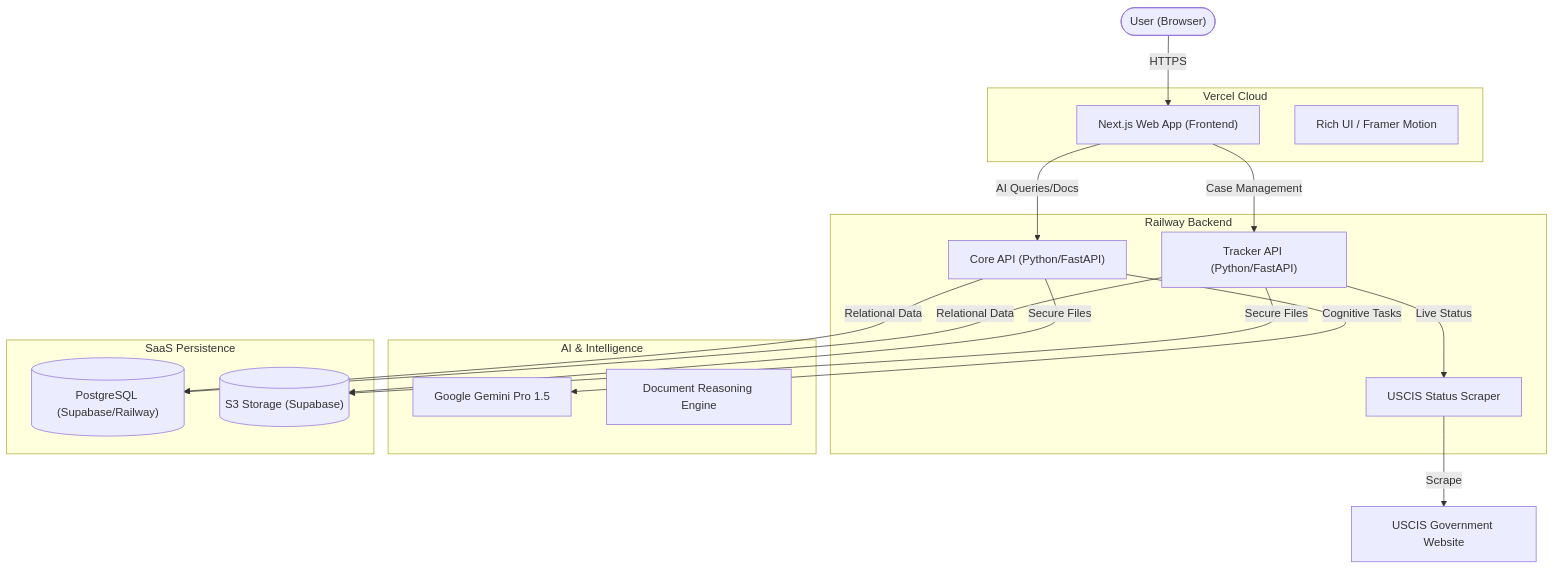
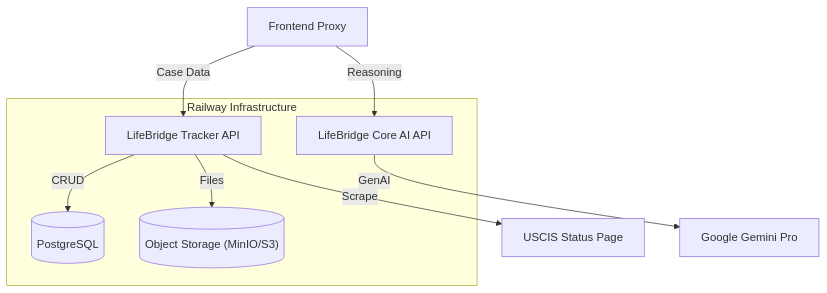
Before and after one commit to samalpartha/LifeBridge: the third of 3 diagrams in README.md, drawn with Mermaid. The commit also changed other lines of this file, not shown here.

Commit message:
docs: update README with architecture and team info

````diff
--- a/README.md
+++ b/README.md
@@ -30,36 +113,17 @@
 ```mermaid
 graph TD
-    User(["User (Browser)"])
-    
-    subgraph "Vercel Cloud"
-        NextJS["Next.js Web App (Frontend)"]
-        UI["Rich UI / Framer Motion"]
+    subgraph "Railway Infrastructure"
+        LB_Tracker["LifeBridge Tracker API"]
+        LB_Core["LifeBridge Core AI API"]
+        DB[("PostgreSQL")]
+        S3[("Object Storage (MinIO/S3)")]
     end
     
-    subgraph "Railway Backend"
-        CoreAPI["Core API (Python/FastAPI)"]
-        TrackerAPI["Tracker API (Python/FastAPI)"]
-        UscisScraper["USCIS Status Scraper"]
-    end
+    API_Route["Frontend Proxy"] -->|Case Data| LB_Tracker
+    API_Route -->|Reasoning| LB_Core
     
-    subgraph "AI & Intelligence"
-        Gemini["Google Gemini Pro 1.5"]
-        DocAI["Document Reasoning Engine"]
-    end
-    
-    subgraph "SaaS Persistence"
-        SupabaseDB[("PostgreSQL (Supabase/Railway)")]
-        SupabaseS3[("S3 Storage (Supabase)")]
-    end
-
-    User -->|HTTPS| NextJS
-    NextJS -->|AI Queries/Docs| CoreAPI
-    NextJS -->|Case Management| TrackerAPI
-    
-    CoreAPI -->|Cognitive Tasks| Gemini
-    TrackerAPI -->|Live Status| UscisScraper
-    UscisScraper -->|Scrape| USCIS["USCIS Government Website"]
-    
-    CoreAPI & TrackerAPI -->|Relational Data| SupabaseDB
-    CoreAPI & TrackerAPI -->|Secure Files| SupabaseS3
+    LB_Tracker -->|CRUD| DB
+    LB_Core -->|GenAI| Gemini["Google Gemini Pro"]
+    LB_Tracker -->|Files| S3
+    LB_Tracker -->|Scrape| USCIS["USCIS Status Page"]
 ```
````
